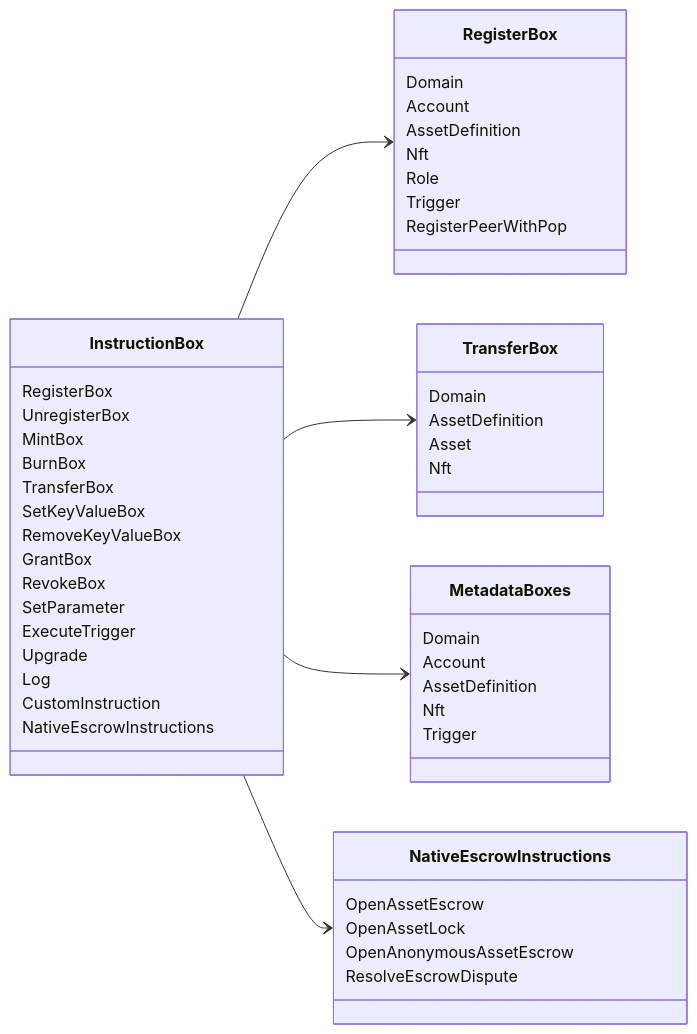
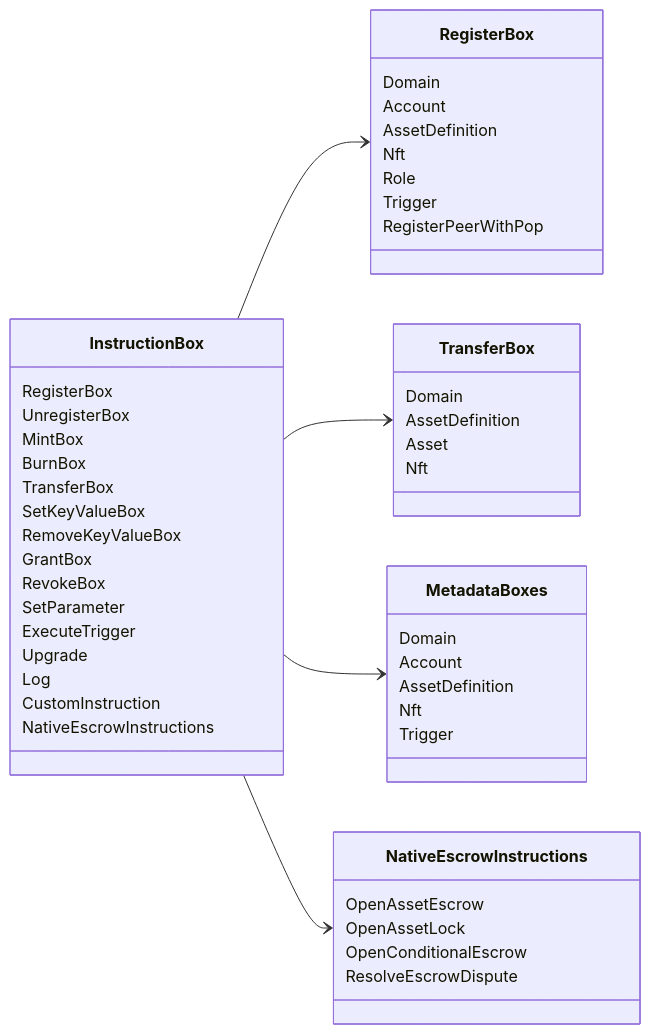
The diagram in src/am/reference/instructions.md (hyperledger-iroha/iroha-docs), drawn with Mermaid before and after one commit. The commit also changed other lines of this file and 968 other files, not shown here.

````diff
--- a/src/am/reference/instructions.md
+++ b/src/am/reference/instructions.md
@@ -38,59 +36,59 @@
 ```mermaid
 classDiagram
 direction LR
 
 class InstructionBox {
     RegisterBox
     UnregisterBox
     MintBox
     BurnBox
     TransferBox
     SetKeyValueBox
     RemoveKeyValueBox
     GrantBox
     RevokeBox
     SetParameter
     ExecuteTrigger
     Upgrade
     Log
     CustomInstruction
     NativeEscrowInstructions
 }
 
 class RegisterBox {
     Domain
     Account
     AssetDefinition
     Nft
     Role
     Trigger
     RegisterPeerWithPop
 }
 
 class TransferBox {
     Domain
     AssetDefinition
     Asset
     Nft
 }
 
 class MetadataBoxes {
     Domain
     Account
     AssetDefinition
     Nft
     Trigger
 }
 
 class NativeEscrowInstructions {
     OpenAssetEscrow
     OpenAssetLock
-    OpenAnonymousAssetEscrow
+    OpenConditionalEscrow
     ResolveEscrowDispute
 }
 
 InstructionBox --> RegisterBox
 InstructionBox --> TransferBox
 InstructionBox --> MetadataBoxes
 InstructionBox --> NativeEscrowInstructions
 ```
````
